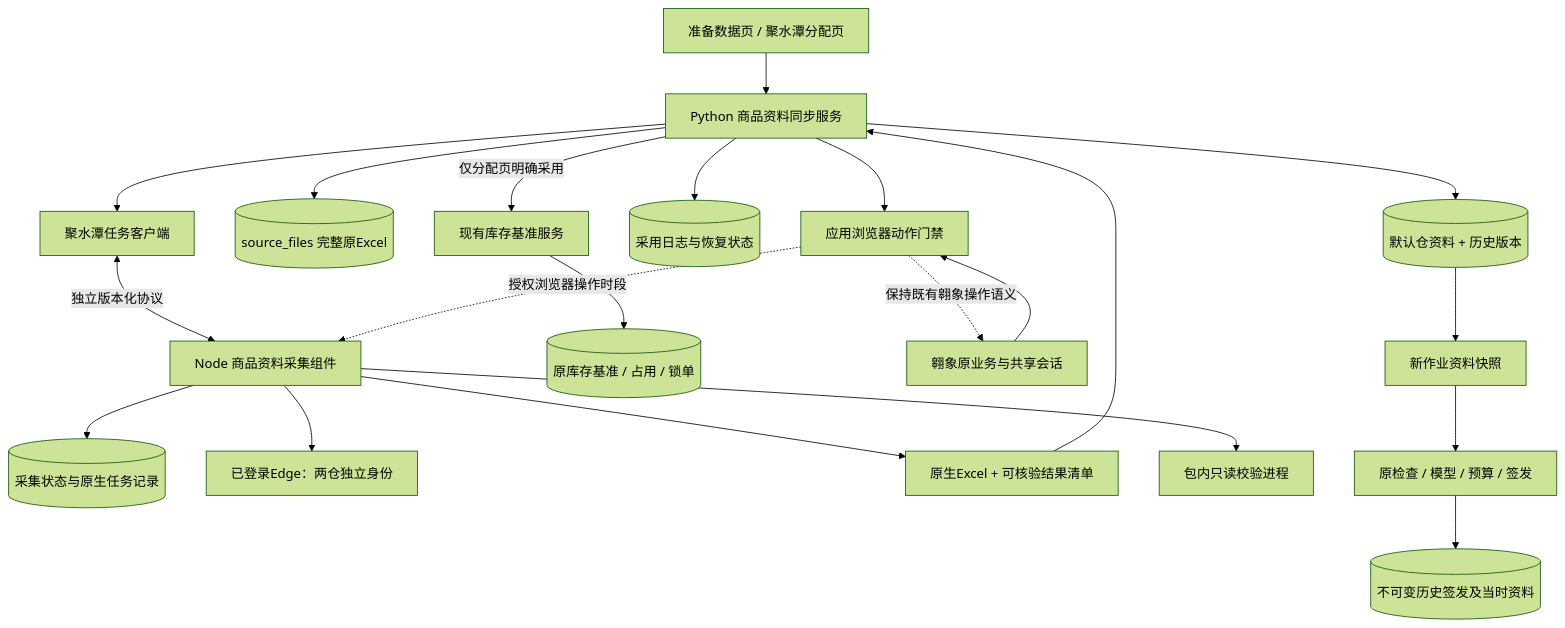
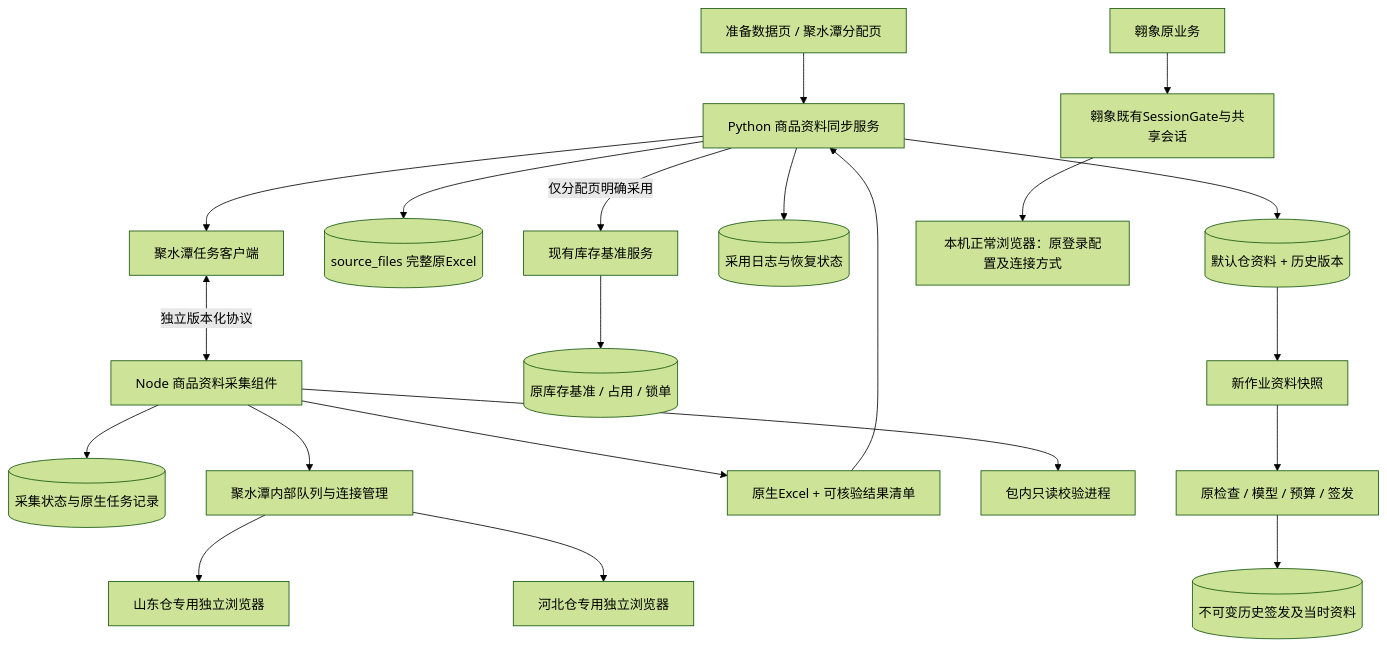
The first of 2 diagrams in docs/plans/聚水潭商品资料自动同步_架构与数据契约_20261103.md (SakuraCulture/replenishment-assistant), drawn with Mermaid (forest theme) before and after one commit. The commit also changed other lines of this file and 1 other file, not shown here.

````diff
--- a/docs/plans/聚水潭商品资料自动同步_架构与数据契约_20261103.md
+++ b/docs/plans/聚水潭商品资料自动同步_架构与数据契约_20261103.md
@@ -14,23 +16,23 @@
 ```mermaid
 flowchart TB
     U[准备数据页 / 聚水潭分配页] --> S[Python 商品资料同步服务]
     S --> J[聚水潭任务客户端]
     J <-->|独立版本化协议| N[Node 商品资料采集组件]
     N --> L[(采集状态与原生任务记录)]
-    N --> E[已登录Edge：两仓独立身份]
+    N --> Q[聚水潭内部队列与连接管理]
+    Q --> ES[山东仓专用独立浏览器]
+    Q --> EH[河北仓专用独立浏览器]
     N --> F[原生Excel + 可核验结果清单]
     N --> V[包内只读校验进程]
     F --> S
     S --> O[(source_files 完整原Excel)]
     S --> C[(默认仓资料 + 历史版本)]
     S --> A[(采用日志与恢复状态)]
     S -->|仅分配页明确采用| B[现有库存基准服务]
     B --> K[(原库存基准 / 占用 / 锁单)]
-    X[翱象原业务与共享会话] --> G[应用浏览器动作门禁]
-    S --> G
-    G -.授权浏览器操作时段.-> N
-    G -.保持既有翱象操作语义.-> X
+    X[翱象原业务] --> G[翱象既有SessionGate与共享会话]
+    G --> AX[本机正常浏览器：原登录配置及连接方式]
     C --> W[新作业资料快照]
     W --> R[原检查 / 模型 / 预算 / 签发]
     R --> H[(不可变历史签发及当时资料)]
 ```
````
